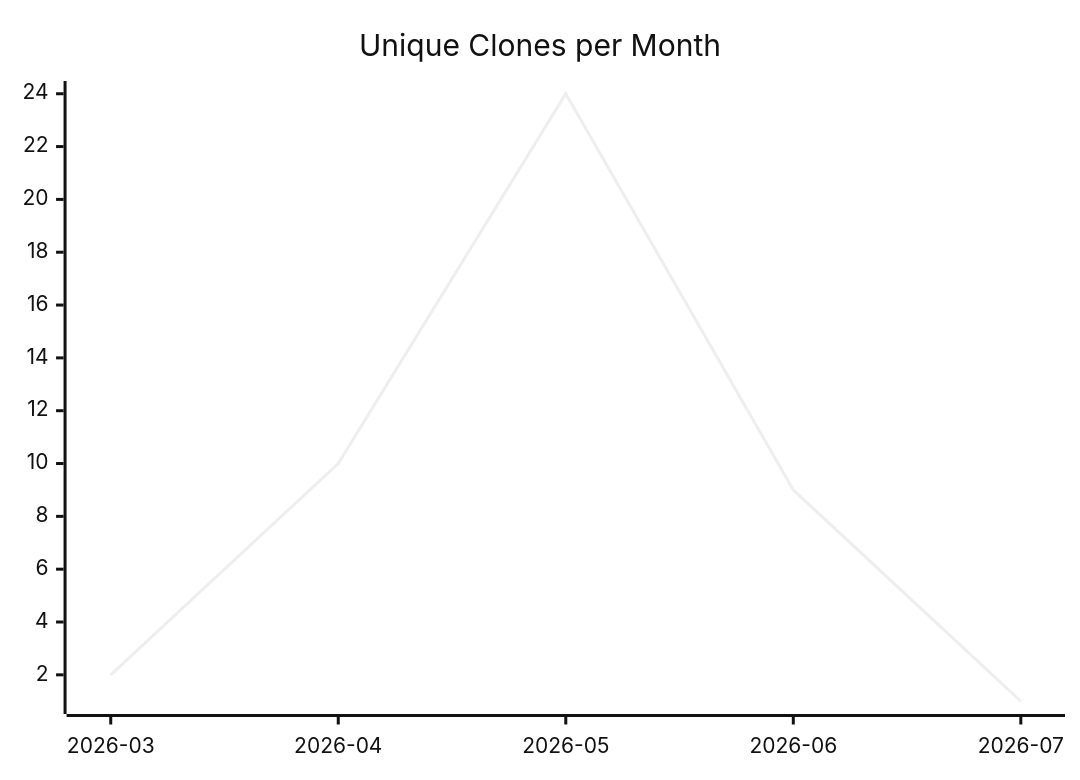
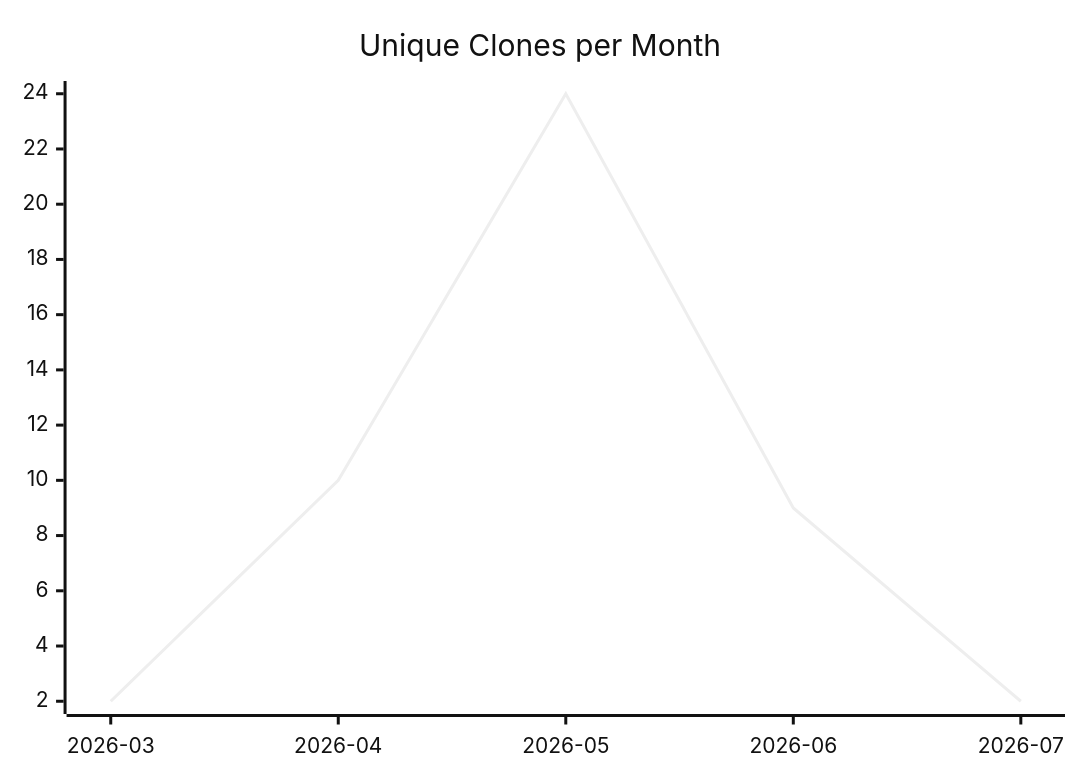
One commit to justdavis-family/github-analytics-data changed the third of 3 diagrams in karlmdavis/xmlpull/README.md. Above: the diagram before and after it, drawn with Mermaid (neutral theme). The commit also changed other lines of this file and 198 other files, not shown here.

````diff
--- a/karlmdavis/xmlpull/README.md
+++ b/karlmdavis/xmlpull/README.md
@@ -19,6 +19,6 @@
 ```mermaid
 xychart-beta
   title "Unique Clones per Month"
   x-axis ["2026-03", "2026-04", "2026-05", "2026-06", "2026-07"]
-  line [2, 10, 24, 9, 1]
+  line [2, 10, 24, 9, 2]
 ```
````
